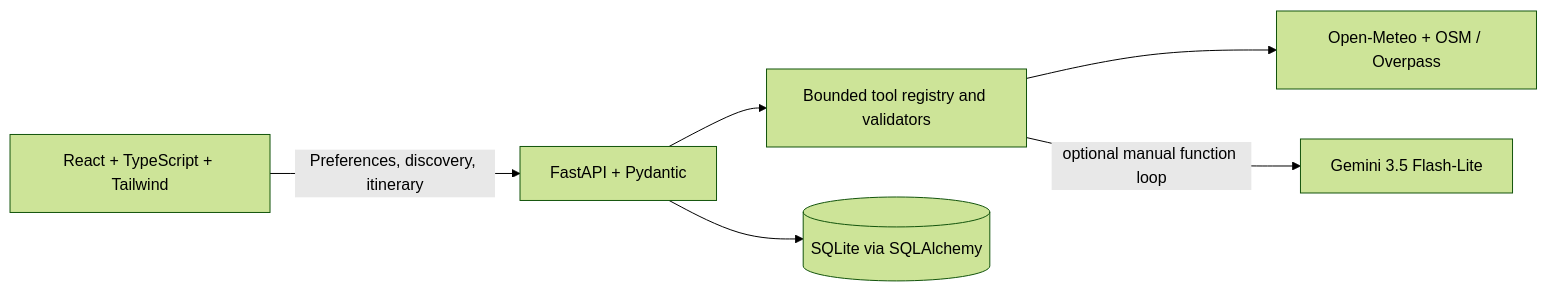
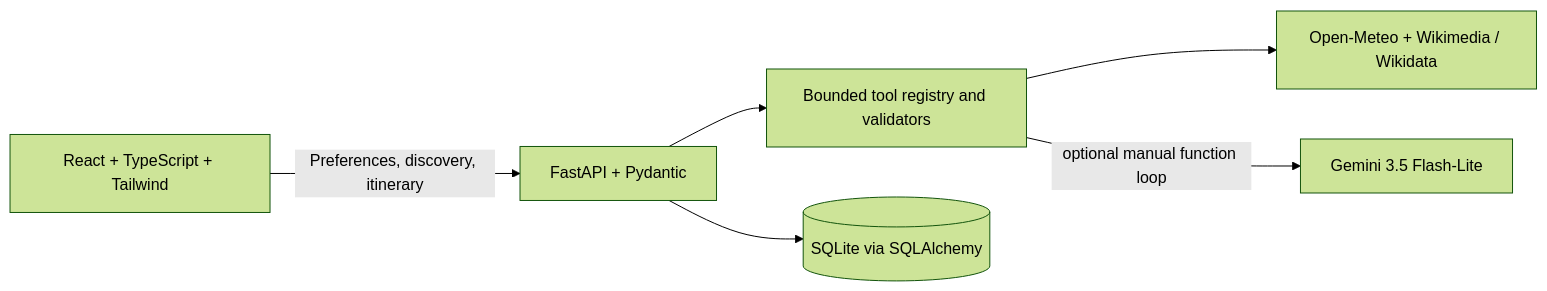
Before and after one commit to TugraDagdelen/ai-travel-planner: the first of 2 diagrams in README.md, drawn with Mermaid (forest theme). The commit also changed other lines of this file and 18 other files, not shown here.

````diff
--- a/README.md
+++ b/README.md
@@ -185,8 +185,8 @@
 ```mermaid
 flowchart LR
     React[React + TypeScript + Tailwind] -->|Preferences, discovery, itinerary| API[FastAPI + Pydantic]
     API --> Agent[Bounded tool registry and validators]
-    Agent --> Data[Open-Meteo + OSM / Overpass]
+    Agent --> Data[Open-Meteo + Wikimedia / Wikidata]
     Agent -->|optional manual function loop| AI[Gemini 3.5 Flash-Lite]
     API --> DB[(SQLite via SQLAlchemy)]
 ```
````
